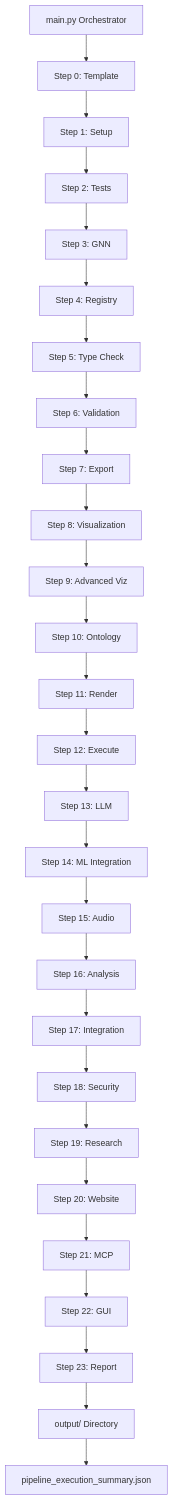
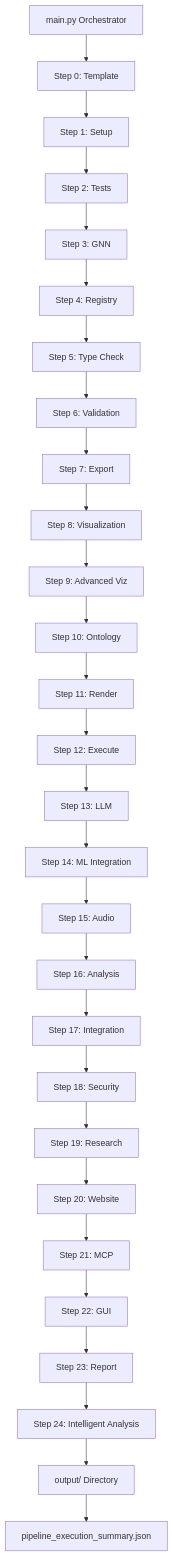
The first of 2 diagrams in src/AGENTS.md (ActiveInferenceInstitute/GeneralizedNotationNotation), drawn with Mermaid before and after one commit. The commit also changed other lines of this file and 489 other files, not shown here.

````diff
--- a/src/AGENTS.md
+++ b/src/AGENTS.md
@@ -93,30 +94,31 @@
 ```mermaid
 flowchart TD
     Main[main.py Orchestrator] --> Step0[Step 0: Template]
     Step0 --> Step1[Step 1: Setup]
     Step1 --> Step2[Step 2: Tests]
     Step2 --> Step3[Step 3: GNN]
     Step3 --> Step4[Step 4: Registry]
     Step4 --> Step5[Step 5: Type Check]
     Step5 --> Step6[Step 6: Validation]
     Step6 --> Step7[Step 7: Export]
     Step7 --> Step8[Step 8: Visualization]
     Step8 --> Step9[Step 9: Advanced Viz]
     Step9 --> Step10[Step 10: Ontology]
     Step10 --> Step11[Step 11: Render]
     Step11 --> Step12[Step 12: Execute]
     Step12 --> Step13[Step 13: LLM]
     Step13 --> Step14[Step 14: ML Integration]
     Step14 --> Step15[Step 15: Audio]
     Step15 --> Step16[Step 16: Analysis]
     Step16 --> Step17[Step 17: Integration]
     Step17 --> Step18[Step 18: Security]
     Step18 --> Step19[Step 19: Research]
     Step19 --> Step20[Step 20: Website]
     Step20 --> Step21[Step 21: MCP]
     Step21 --> Step22[Step 22: GUI]
     Step22 --> Step23[Step 23: Report]
-    
-    Step23 --> Output[output/ Directory]
+    Step23 --> Step24[Step 24: Intelligent Analysis]
+
+    Step24 --> Output[output/ Directory]
     Output --> Summary[pipeline_execution_summary.json]
 ```
````
